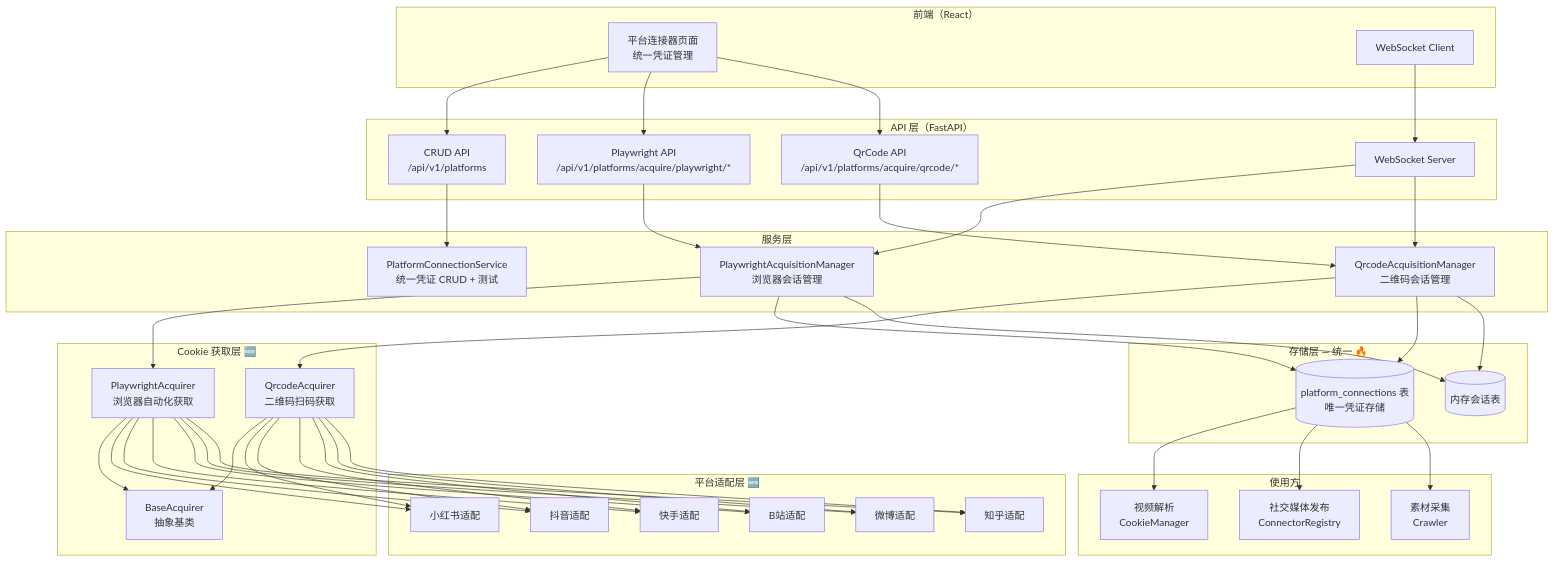
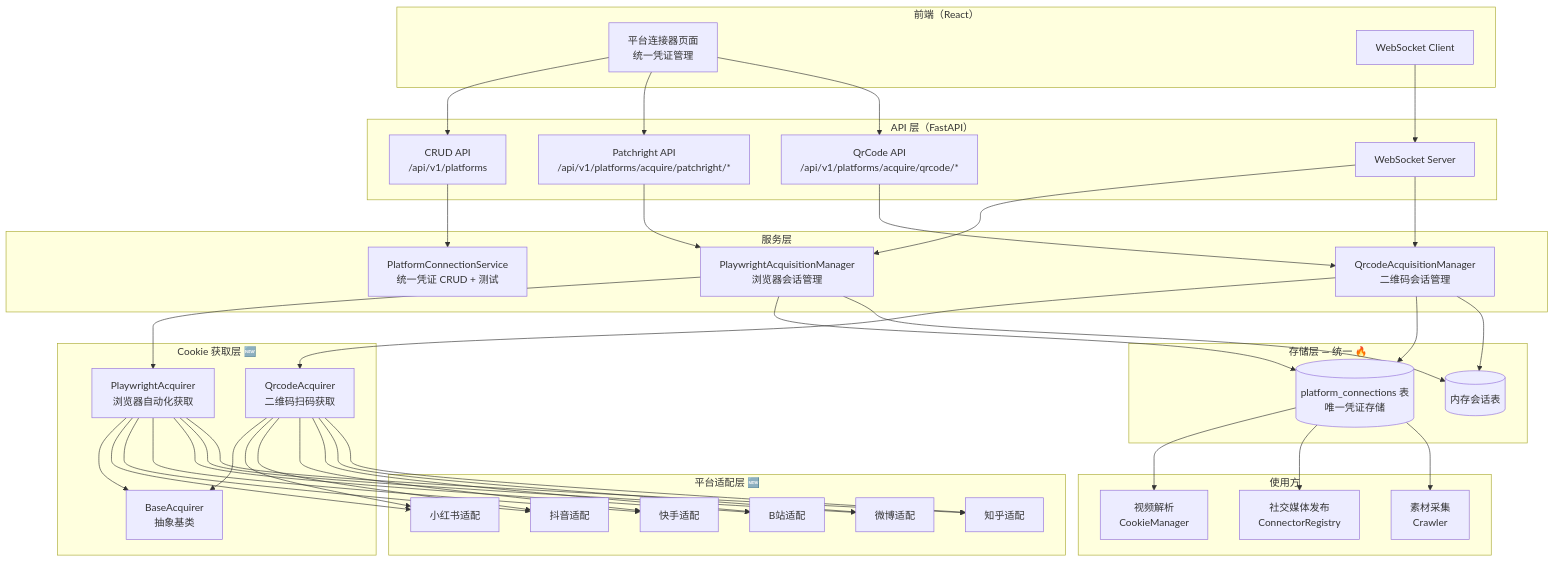
One commit to liuyiliux/YLCraft changed the first of 3 diagrams in docs/cookie-acquisition-design.md. Above: the diagram before and after it, drawn with Mermaid. The commit also changed other lines of this file and 20 other files, not shown here.

````diff
--- a/docs/cookie-acquisition-design.md
+++ b/docs/cookie-acquisition-design.md
@@ -59,74 +60,74 @@
 ```mermaid
 graph TB
     subgraph Frontend["前端（React）"]
         UI[平台连接器页面<br/>统一凭证管理]
         WS_CLIENT[WebSocket Client]
     end
 
     subgraph API["API 层（FastAPI）"]
         CRUD[CRUD API<br/>/api/v1/platforms]
-        PW_API[Playwright API<br/>/api/v1/platforms/acquire/playwright/*]
+        PW_API[Patchright API<br/>/api/v1/platforms/acquire/patchright/*]
         QR_API[QrCode API<br/>/api/v1/platforms/acquire/qrcode/*]
         WS_SERVER[WebSocket Server]
     end
 
     subgraph Service["服务层"]
         PC_SVC[PlatformConnectionService<br/>统一凭证 CRUD + 测试]
         PW_MGR[PlaywrightAcquisitionManager<br/>浏览器会话管理]
         QR_MGR[QrcodeAcquisitionManager<br/>二维码会话管理]
     end
 
     subgraph Acquisition["Cookie 获取层 🆕"]
         BASE[BaseAcquirer<br/>抽象基类]
         PW_ACQ[PlaywrightAcquirer<br/>浏览器自动化获取]
         QR_ACQ[QrcodeAcquirer<br/>二维码扫码获取]
     end
 
     subgraph Platform["平台适配层 🆕"]
         XHS[小红书适配]
         DY[抖音适配]
         KS[快手适配]
         BILI[B站适配]
         WB[微博适配]
         ZH[知乎适配]
     end
 
     subgraph Storage["存储层 — 统一 🔥"]
         DB[(platform_connections 表<br/>唯一凭证存储)]
         SESSIONS[(内存会话表)]
     end
 
     subgraph Consumers["使用方"]
         VP[视频解析<br/>CookieManager]
         SM[社交媒体发布<br/>ConnectorRegistry]
         CR[素材采集<br/>Crawler]
     end
 
     UI --> CRUD
     UI --> PW_API
     UI --> QR_API
     WS_CLIENT --> WS_SERVER
 
     CRUD --> PC_SVC
     PW_API --> PW_MGR
     QR_API --> QR_MGR
     WS_SERVER --> PW_MGR
     WS_SERVER --> QR_MGR
 
     PW_MGR --> PW_ACQ
     QR_MGR --> QR_ACQ
     PW_ACQ --> BASE
     QR_ACQ --> BASE
 
     PW_ACQ --> XHS & DY & KS & BILI & WB & ZH
     QR_ACQ --> XHS & DY & KS & BILI & WB & ZH
 
     PW_MGR --> DB
     QR_MGR --> DB
     PW_MGR --> SESSIONS
     QR_MGR --> SESSIONS
 
     DB --> VP
     DB --> SM
     DB --> CR
 ```
````
